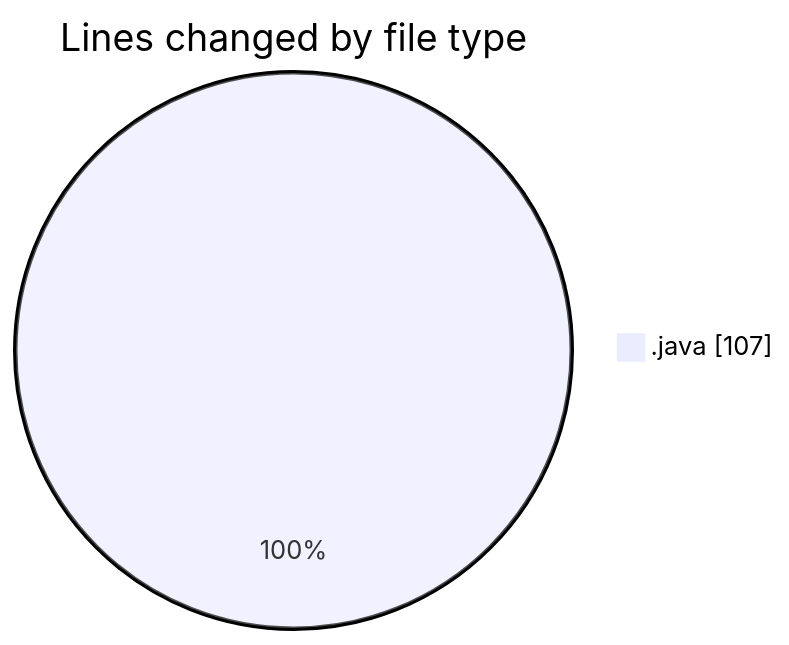
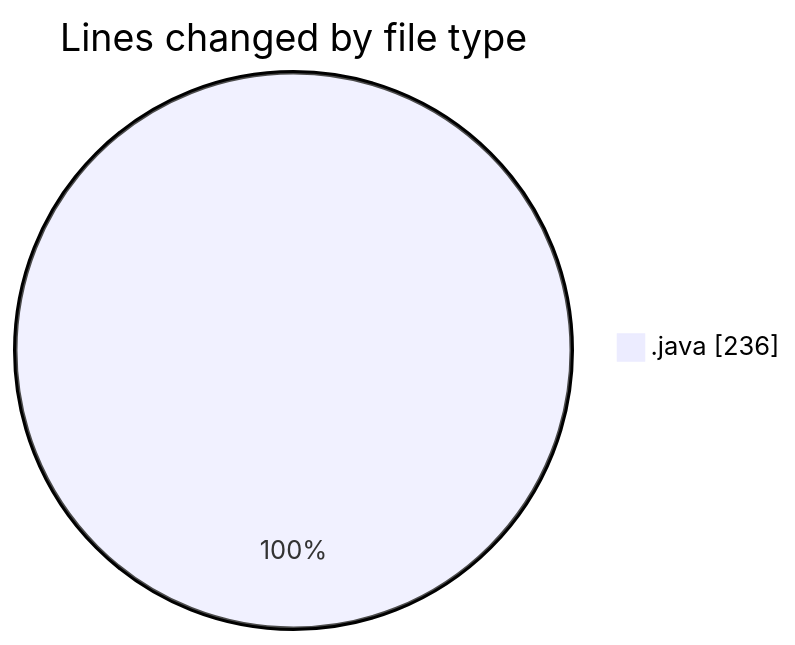
One commit to ricardozamudiocil/code-tracking changed the first of 2 diagrams in 2026-02-26/cilapp/README.md. Above: the diagram before and after it, drawn with Mermaid. The commit also changed other lines of this file and 1 other file, not shown here.

````diff
--- a/2026-02-26/cilapp/README.md
+++ b/2026-02-26/cilapp/README.md
@@ -21,5 +21,5 @@
 ```mermaid
 pie showData
 title Lines changed by file type
-".java" : 107
+".java" : 236
 ```
````
